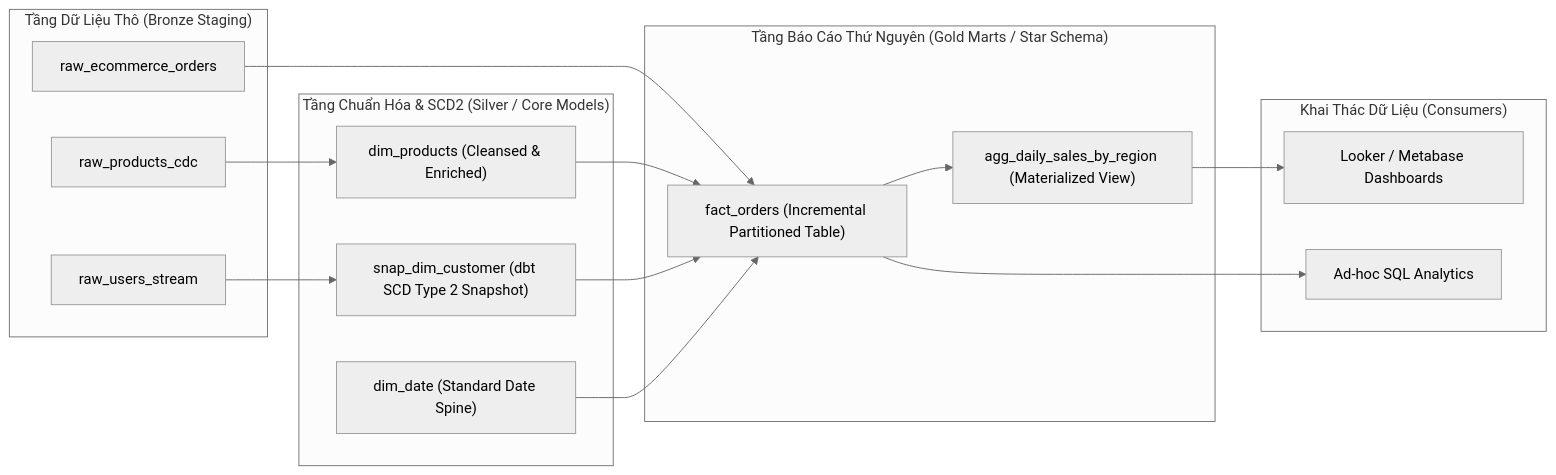
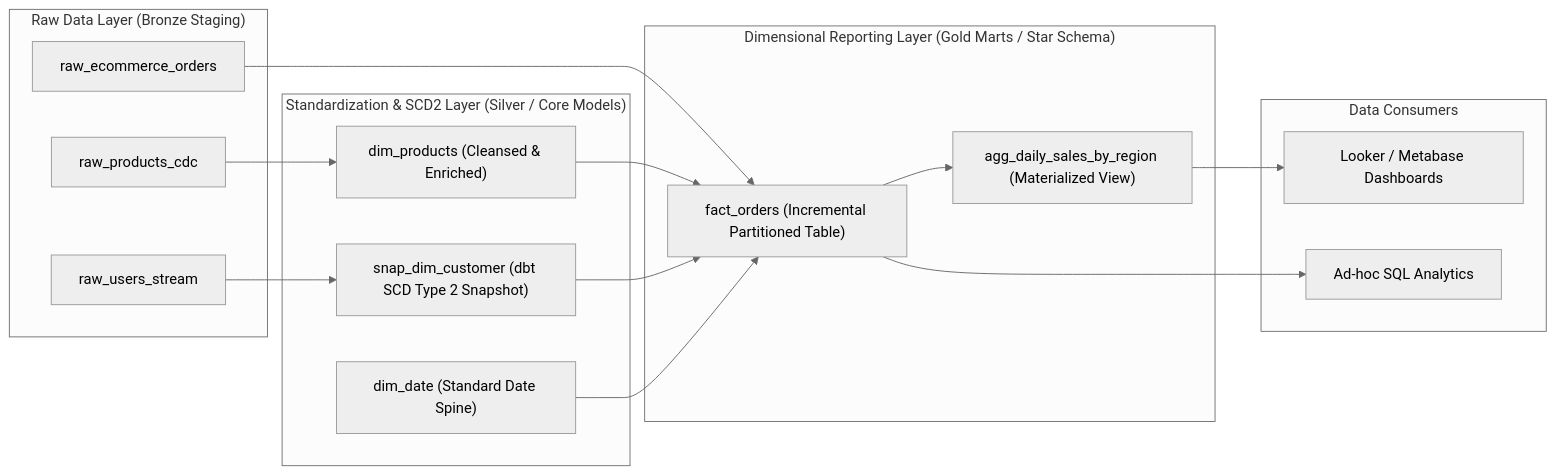
Before and after one commit to ga2631/ga2631.github.io: the second of 2 diagrams in src/data/blog/en/57-2026-07-28-mastering-data-warehouse-modeling-kimball-star-snowflake-data-vault.md, drawn with Mermaid (neutral theme). The commit also changed other lines of this file and 74 other files, not shown here.

````diff
--- a/src/data/blog/en/57-2026-07-28-mastering-data-warehouse-modeling-kimball-star-snowflake-data-vault.md
+++ b/src/data/blog/en/57-2026-07-28-mastering-data-warehouse-modeling-kimball-star-snowflake-data-vault.md
@@ -136,36 +135,36 @@
 ```mermaid
 flowchart LR
-    subgraph RawStage ["Tầng Dữ Liệu Thô (Bronze Staging)"]
+    subgraph RawStage ["Raw Data Layer (Bronze Staging)"]
         SrcOrders["raw_ecommerce_orders"]
         SrcUsers["raw_users_stream"]
         SrcProducts["raw_products_cdc"]
     end
 
-    subgraph DbtSilver ["Tầng Chuẩn Hóa & SCD2 (Silver / Core Models)"]
+    subgraph DbtSilver ["Standardization & SCD2 Layer (Silver / Core Models)"]
         SnapDimUser["snap_dim_customer (dbt SCD Type 2 Snapshot)"]
         DimProdModel["dim_products (Cleansed & Enriched)"]
         DimDateGen["dim_date (Standard Date Spine)"]
     end
 
-    subgraph DbtGold ["Tầng Báo Cáo Thứ Nguyên (Gold Marts / Star Schema)"]
+    subgraph DbtGold ["Dimensional Reporting Layer (Gold Marts / Star Schema)"]
         FactOrders["fact_orders (Incremental Partitioned Table)"]
         AggDailySales["agg_daily_sales_by_region (Materialized View)"]
     end
 
-    subgraph AnalyticsConsumers ["Khai Thác Dữ Liệu (Consumers)"]
+    subgraph AnalyticsConsumers ["Data Consumers"]
         BI["Looker / Metabase Dashboards"]
         Analysts["Ad-hoc SQL Analytics"]
     end
 
     SrcOrders --> FactOrders
     SrcUsers --> SnapDimUser
     SrcProducts --> DimProdModel
 
     DimProdModel --> FactOrders
     SnapDimUser --> FactOrders
     DimDateGen --> FactOrders
 
     FactOrders --> AggDailySales
     FactOrders --> Analysts
     AggDailySales --> BI
 ```
````
